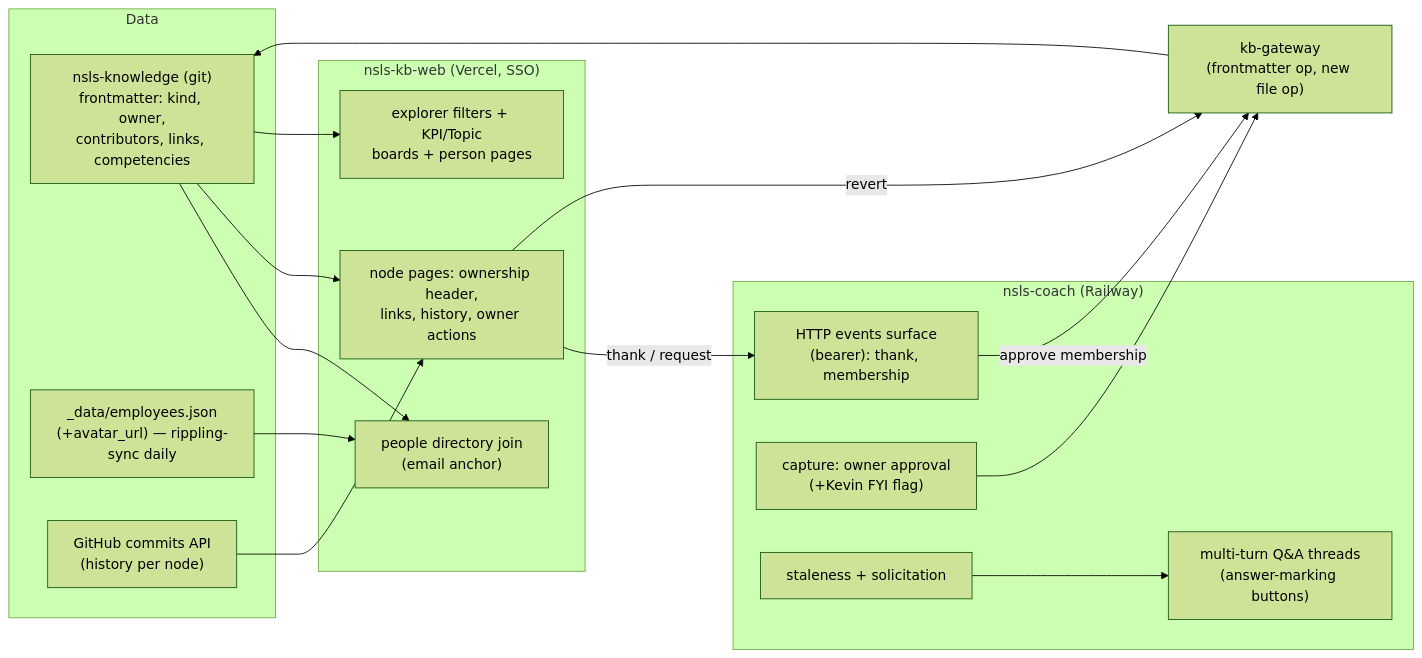
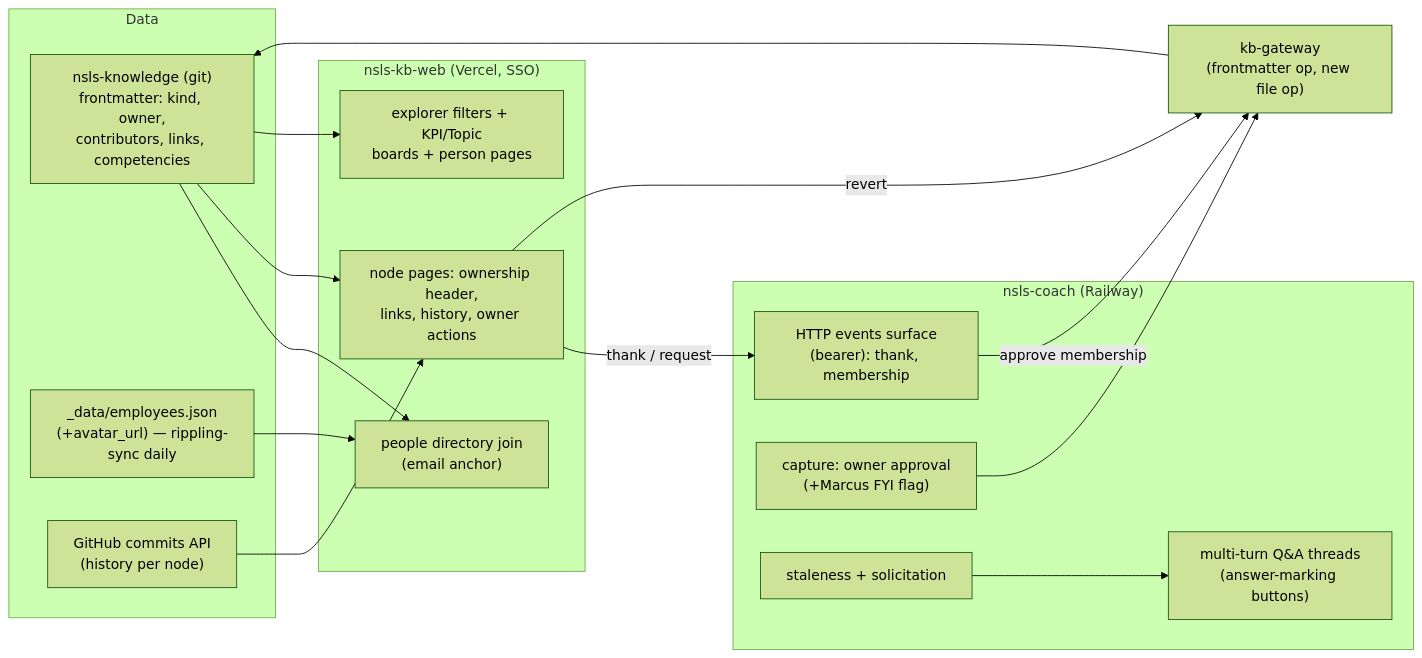
One commit to thensls/nsls-personal-toolkit changed the first of 2 diagrams in docs/plans/2026-07-10-001-feat-kb-people-layer-plan.md. Above: the diagram before and after it, drawn with Mermaid (forest theme). The commit also changed other lines of this file and 62 other files, not shown here.

````diff
--- a/docs/plans/2026-07-10-001-feat-kb-people-layer-plan.md
+++ b/docs/plans/2026-07-10-001-feat-kb-people-layer-plan.md
@@ -210,29 +210,29 @@
 ```mermaid
 flowchart LR
   subgraph Data
     KB["nsls-knowledge (git)\nfrontmatter: kind, owner,\ncontributors, links, competencies"]
     EMP["_data/employees.json\n(+avatar_url) — rippling-sync daily"]
     GH["GitHub commits API\n(history per node)"]
   end
   subgraph Site["nsls-kb-web (Vercel, SSO)"]
     PPL["people directory join\n(email anchor)"]
     PAGES["node pages: ownership header,\nlinks, history, owner actions"]
     BOARDS["explorer filters + KPI/Topic\nboards + person pages"]
   end
   subgraph Bot["nsls-coach (Railway)"]
     EVT["HTTP events surface\n(bearer): thank, membership"]
-    CAP["capture: owner approval\n(+Kevin FYI flag)"]
+    CAP["capture: owner approval\n(+Marcus FYI flag)"]
     THREADS["multi-turn Q&A threads\n(answer-marking buttons)"]
     NUDGE["staleness + solicitation"]
   end
   GW["kb-gateway\n(frontmatter op, new file op)"]
   KB --> PPL & PAGES & BOARDS
   EMP --> PPL
   GH --> PAGES
   PAGES -->|thank / request| EVT
   PAGES -->|revert| GW
   CAP --> GW
   EVT -->|approve membership| GW
   NUDGE --> THREADS
   GW --> KB
 ```
````
